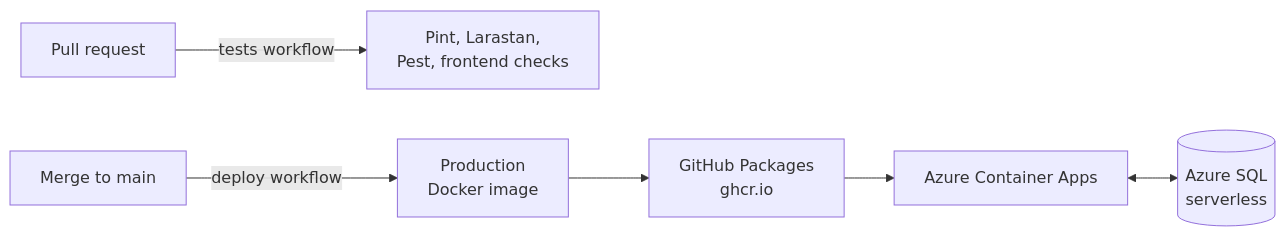
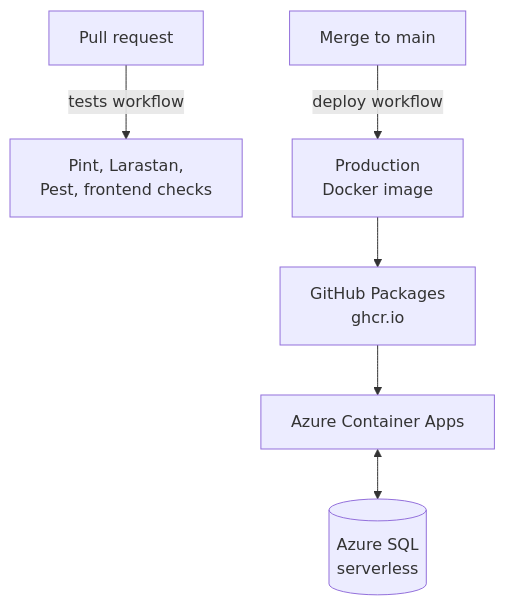
Before and after one commit to rheannemcintosh/calendar-cockpit: the second of 2 diagrams in README.md, drawn with Mermaid. The commit also changed other lines of this file, not shown here.

First line of the commit message:
Draw the README diagrams top to bottom

````diff
--- a/README.md
+++ b/README.md
@@ -138,8 +137,8 @@
 ```mermaid
-flowchart LR
+flowchart TB
     PR["Pull request"] -->|tests workflow| Checks["Pint, Larastan,<br/>Pest, frontend checks"]
     Merge["Merge to main"] -->|deploy workflow| Image["Production<br/>Docker image"]
     Image --> GHCR["GitHub Packages<br/>ghcr.io"]
     GHCR --> ACA["Azure Container Apps"]
     ACA <--> SQL[("Azure SQL<br/>serverless")]
 ```
````
